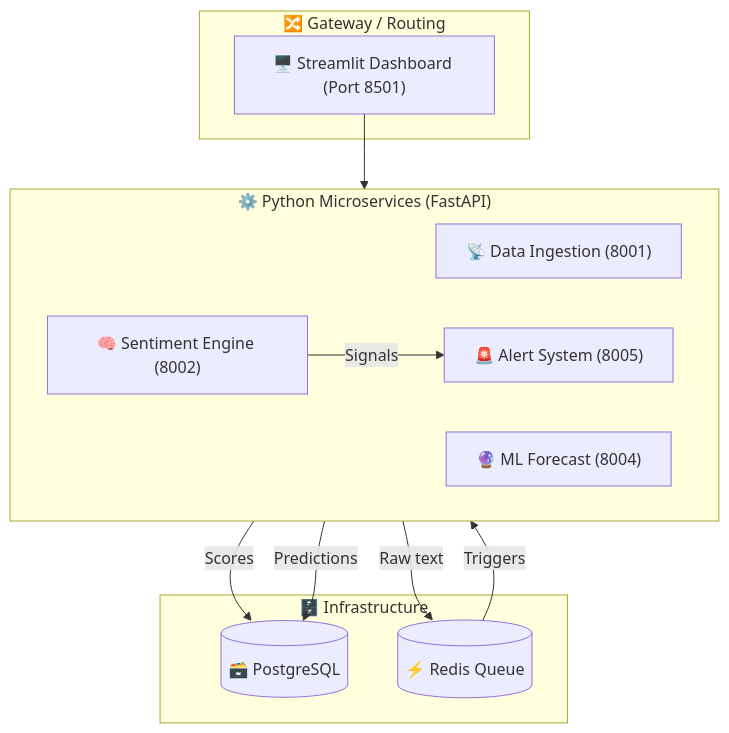
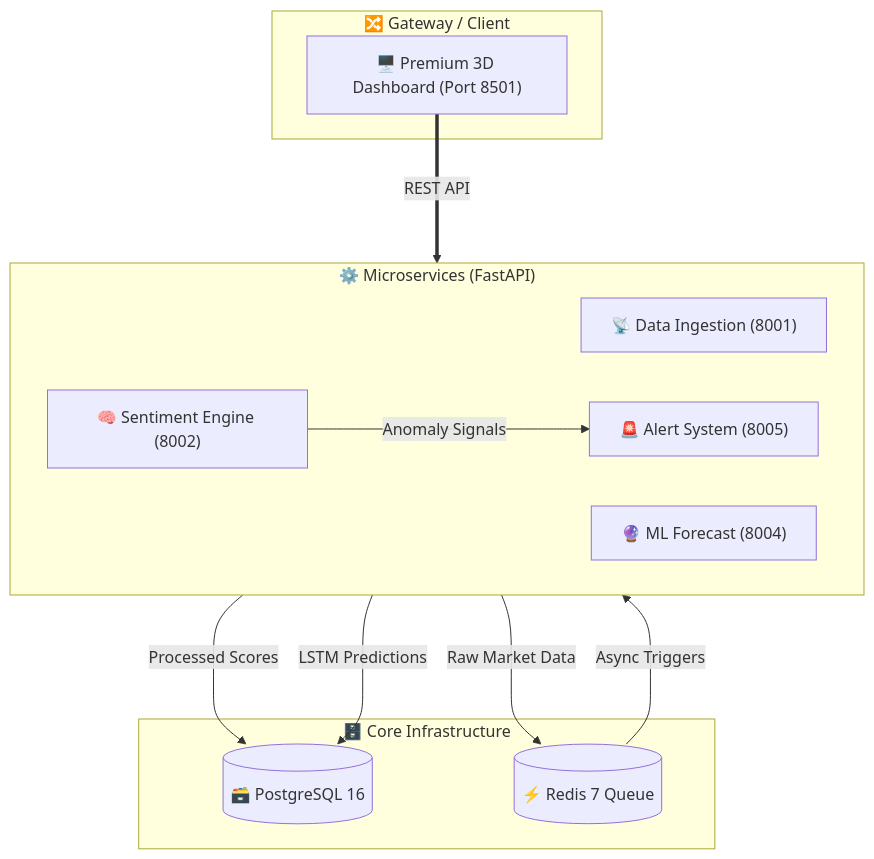
Before and after one commit to indrajitkumar23541-a11y/Indra-MarketMind: the diagram in README.md, drawn with Mermaid. The commit also changed other lines of this file, not shown here.

Commit message:
docs: upgrade to world-class premium animated README

````diff
--- a/README.md
+++ b/README.md
@@ -52,26 +81,26 @@
 ```mermaid
 graph TB
-    subgraph GATEWAY["🔀 Gateway / Routing"]
-        UI["🖥️ Streamlit Dashboard (Port 8501)"]
+    subgraph GATEWAY["🔀 Gateway / Client"]
+        UI["🖥️ Premium 3D Dashboard (Port 8501)"]
     end
 
-    subgraph SERVICES["⚙️ Python Microservices (FastAPI)"]
+    subgraph SERVICES["⚙️ Microservices (FastAPI)"]
         direction LR
         S1["📡 Data Ingestion (8001)"]
         S2["🧠 Sentiment Engine (8002)"]
         S3["🔮 ML Forecast (8004)"]
         S4["🚨 Alert System (8005)"]
     end
 
-    subgraph INFRA["🗄️ Infrastructure"]
-        DB[("🗃️ PostgreSQL")]
-        CACHE[("⚡ Redis Queue")]
+    subgraph INFRA["🗄️ Core Infrastructure"]
+        DB[("🗃️ PostgreSQL 16")]
+        CACHE[("⚡ Redis 7 Queue")]
     end
 
-    UI --> SERVICES
-    S1 -->|"Raw text"| CACHE
-    CACHE -->|"Triggers"| S2
-    S2 -->|"Scores"| DB
-    S2 -->|"Signals"| S4
-    S3 -->|"Predictions"| DB
+    UI ===>|REST API| SERVICES
+    S1 --->|"Raw Market Data"| CACHE
+    CACHE --->|"Async Triggers"| S2
+    S2 --->|"Processed Scores"| DB
+    S2 --->|"Anomaly Signals"| S4
+    S3 --->|"LSTM Predictions"| DB
 ```
````
